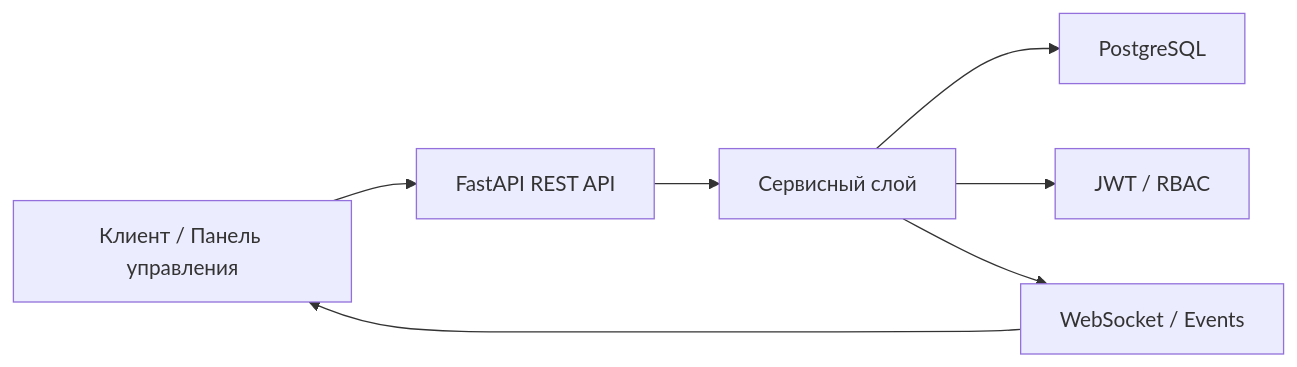
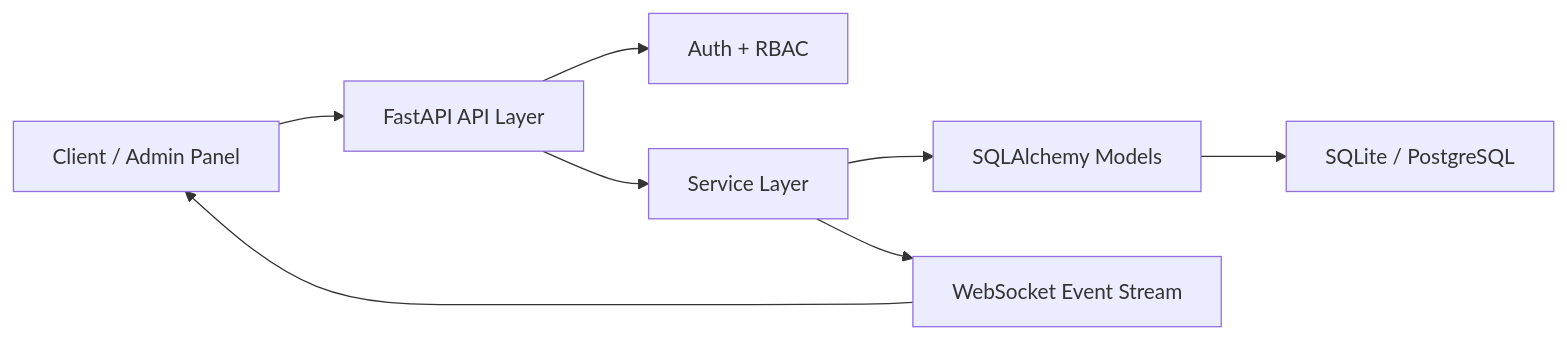
One commit to m3fka4/stockflow-oms changed the diagram in README.md. Above: the diagram before and after it, drawn with Mermaid. The commit also changed other lines of this file and 24 other files, not shown here.

````diff
--- a/README.md
+++ b/README.md
@@ -76,9 +42,10 @@
 ```mermaid
 flowchart LR
-    A["Клиент / Панель управления"] --> B["FastAPI REST API"]
-    B --> C["Сервисный слой"]
-    C --> D["PostgreSQL"]
-    C --> E["JWT / RBAC"]
-    C --> F["WebSocket / Events"]
-    F --> A
+    A["Client / Admin Panel"] --> B["FastAPI API Layer"]
+    B --> C["Auth + RBAC"]
+    B --> D["Service Layer"]
+    D --> E["SQLAlchemy Models"]
+    E --> F["SQLite / PostgreSQL"]
+    D --> G["WebSocket Event Stream"]
+    G --> A
 ```
````
